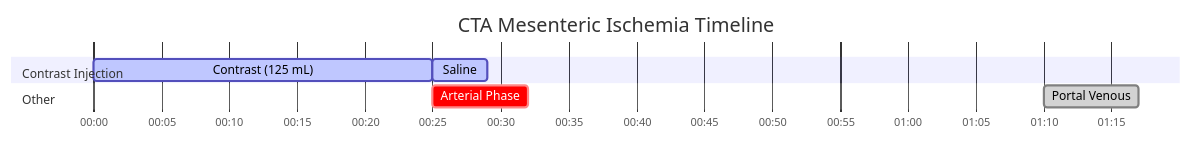
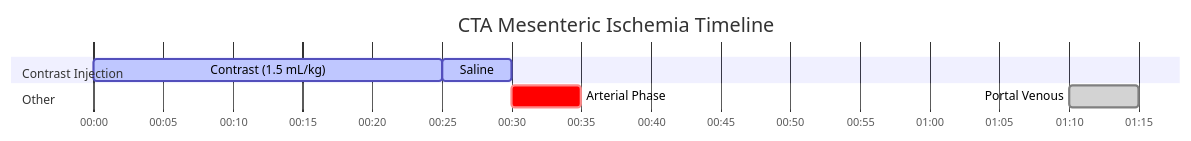
Before and after one commit to dfergs93/radiology-protocols: the diagram in docs/ct/vascular/cta-mesenteric-ischemia.md, drawn with Mermaid. The commit also changed other lines of this file and 26 other files, not shown here.

````diff
--- a/docs/ct/vascular/cta-mesenteric-ischemia.md
+++ b/docs/ct/vascular/cta-mesenteric-ischemia.md
@@ -86,19 +88,19 @@
   ```mermaid
   ---
   displayMode: compact
   config:
     theme: default
     themeCSS: " #Saline{ fill: #4ed5ff; stroke: #2094f3; } "
   ---
     gantt
       title CTA Mesenteric Ischemia Timeline
       dateFormat mm:ss
       axisFormat %M:%S 
       
       section Contrast Injection
-      Contrast (125 mL)    :active, contrast, 00:00, 25s
-      Saline          :active, saline, after contrast, 4s
+      Contrast (1.5 mL/kg)    :active, contrast, 00:00, 25s
+      Saline          :active, saline, after contrast, 5s
       section Other
-      Arterial Phase    :crit, scan1, 00:25, 7s
-      Portal Venous    :done, scan2, 01:10, 7s
+      Arterial Phase    :crit, scan1, after saline, 5s
+      Portal Venous    :done, scan2, 01:10, 5s
   ```
````
